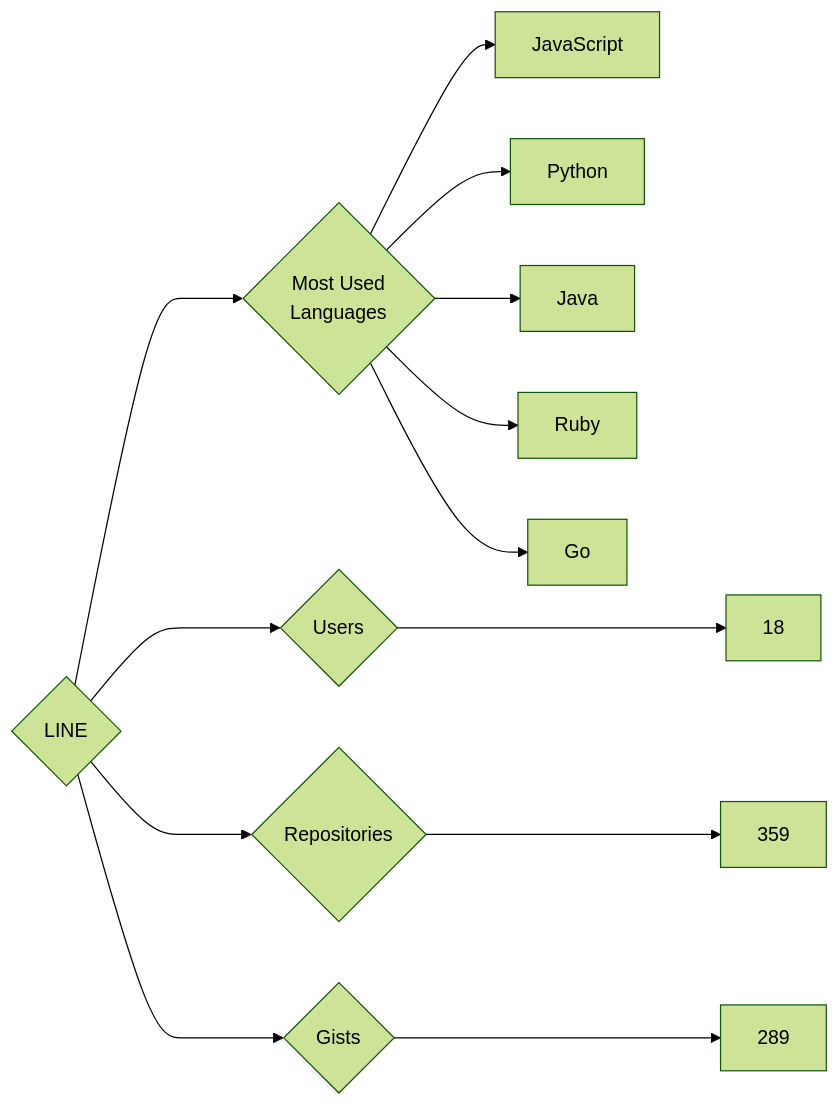
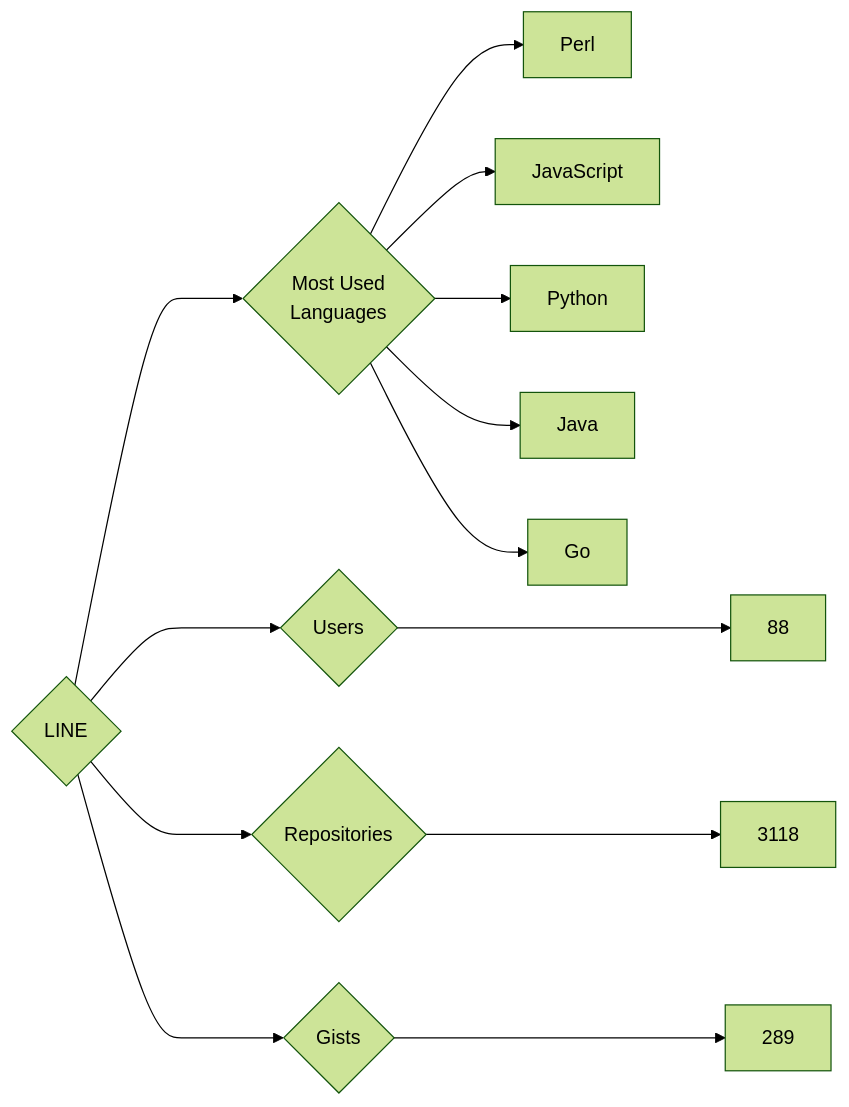
The diagram in targets/LINE/README.md (trickest/insiders), drawn with Mermaid (forest theme) before and after one commit. The commit also changed 934 other files, not shown here.

````diff
--- a/targets/LINE/README.md
+++ b/targets/LINE/README.md
@@ -3,13 +3,13 @@
 ```mermaid
 graph LR
 COMPANY_NAME{LINE}
-COMPANY_NAME ---> U{Users} ---> UN[18]
-COMPANY_NAME ---> R{Repositories} ---> RN[359]
+COMPANY_NAME ---> U{Users} ---> UN[88]
+COMPANY_NAME ---> R{Repositories} ---> RN[3118]
 COMPANY_NAME ---> G{Gists} ---> GN[289]
 COMPANY_NAME ---> ML{Most Used<br>Languages}
+ML --> Perl[Perl]
 ML --> JavaScript[JavaScript]
 ML --> Python[Python]
 ML --> Java[Java]
-ML --> Ruby[Ruby]
 ML --> Go[Go]
 ```
````
